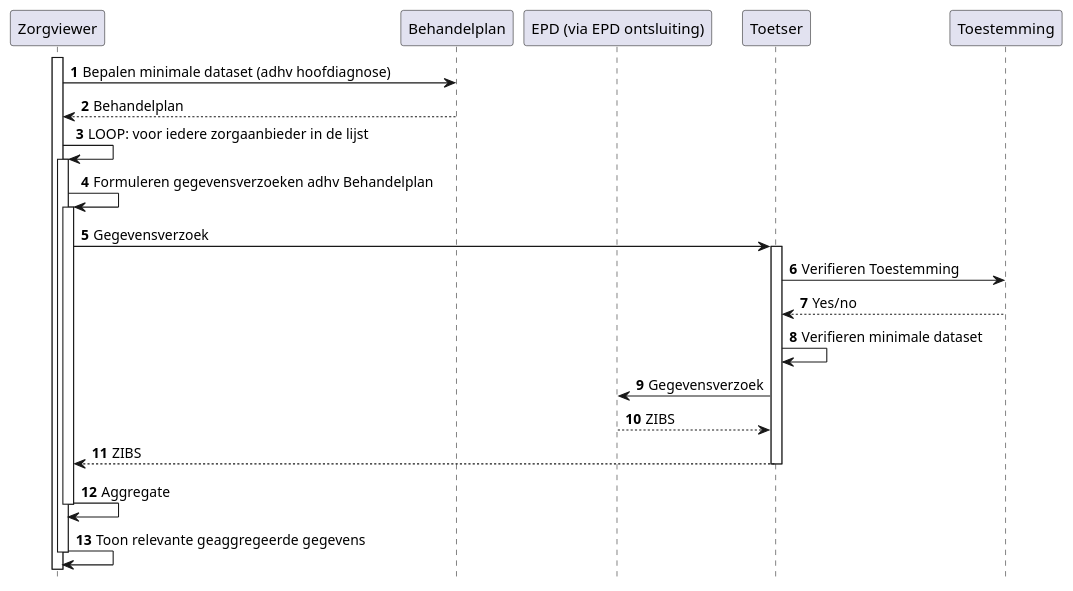
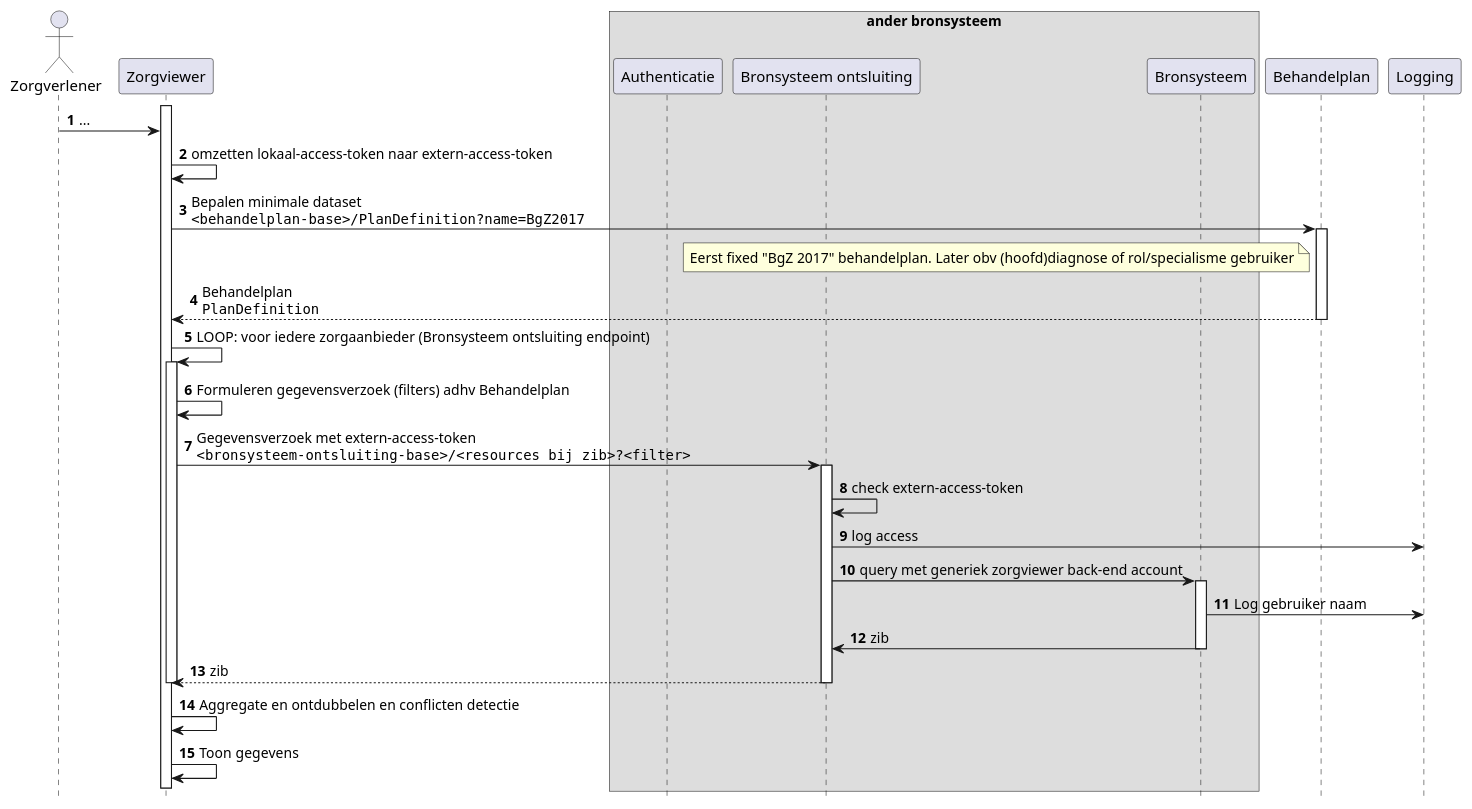
Before and after one commit to RIVO-Noord/zorgviewer-ig: the diagram in input/images-source/Zorgviewer-seq-3.plantuml, drawn with PlantUML. The commit also changed 10 other files, not shown here.

```diff
--- a/input/images-source/Zorgviewer-seq-3.plantuml
+++ b/input/images-source/Zorgviewer-seq-3.plantuml
@@ -1,32 +1,45 @@
 @startuml
 hide footbox
 autonumber
 
+actor Zorgverlener
 participant Zorgviewer
+box "ander bronsysteem"
+participant Authenticatie
+participant "Bronsysteem ontsluiting" as Bron
+participant Bronsysteem
+end box
 participant Behandelplan
-participant "EPD (via EPD ontsluiting)" as EPD
-participant Toetser
-participant Toestemming
+
 
 activate Zorgviewer
-Zorgviewer->Behandelplan: Bepalen minimale dataset (adhv hoofdiagnose)
-Behandelplan-->Zorgviewer: Behandelplan
-Zorgviewer->Zorgviewer: LOOP: voor iedere zorgaanbieder in de lijst
+Zorgverlener->Zorgviewer: ...
+Zorgviewer->Zorgviewer: omzetten lokaal-access-token naar extern-access-token
+Zorgviewer->Behandelplan: Bepalen minimale dataset\n""<behandelplan-base>/PlanDefinition?name=BgZ2017""
+note left Behandelplan
+  Eerst fixed "BgZ 2017" behandelplan. Later obv (hoofd)diagnose of rol/specialisme gebruiker
+end note
+activate Behandelplan
+Behandelplan-->Zorgviewer: Behandelplan\n""PlanDefinition""
+deactivate Behandelplan
+Zorgviewer->Zorgviewer: LOOP: voor iedere zorgaanbieder (Bronsysteem ontsluiting endpoint)
 activate Zorgviewer
-Zorgviewer->Zorgviewer: Formuleren gegevensverzoeken adhv Behandelplan
-activate Zorgviewer
-Zorgviewer->Toetser:Gegevensverzoek
-activate Toetser
-Toetser->Toestemming: Verifieren Toestemming
-Toestemming-->Toetser: Yes/no
-Toetser->Toetser: Verifieren minimale dataset
-Toetser->EPD:Gegevensverzoek
-EPD-->Toetser: ZIBS
-Toetser-->Zorgviewer: ZIBS
-deactivate Toetser
-Zorgviewer->Zorgviewer: Aggregate
-deactivate Zorgviewer
-Zorgviewer->Zorgviewer: Toon relevante geaggregeerde gegevens
+Zorgviewer->Zorgviewer: Formuleren gegevensverzoek (filters) adhv Behandelplan
+
+Zorgviewer->Bron: Gegevensverzoek met extern-access-token\n""<bronsysteem-ontsluiting-base>/<resources bij zib>?<filter>""
+activate Bron
+Bron->Bron : check extern-access-token
+Bron->Logging : log access
+Bron->Bronsysteem : query met generiek zorgviewer back-end account
+activate Bronsysteem
+Bronsysteem->Logging : Log gebruiker naam
+Bronsysteem->Bron: zib
+deactivate Bronsysteem
+Bron-->Zorgviewer: zib
+deactivate Bron
 deactivate Zorgviewer
 
+Zorgviewer->Zorgviewer: Aggregate en ontdubbelen en conflicten detectie
+Zorgviewer->Zorgviewer: Toon gegevens
+
 @enduml
```
